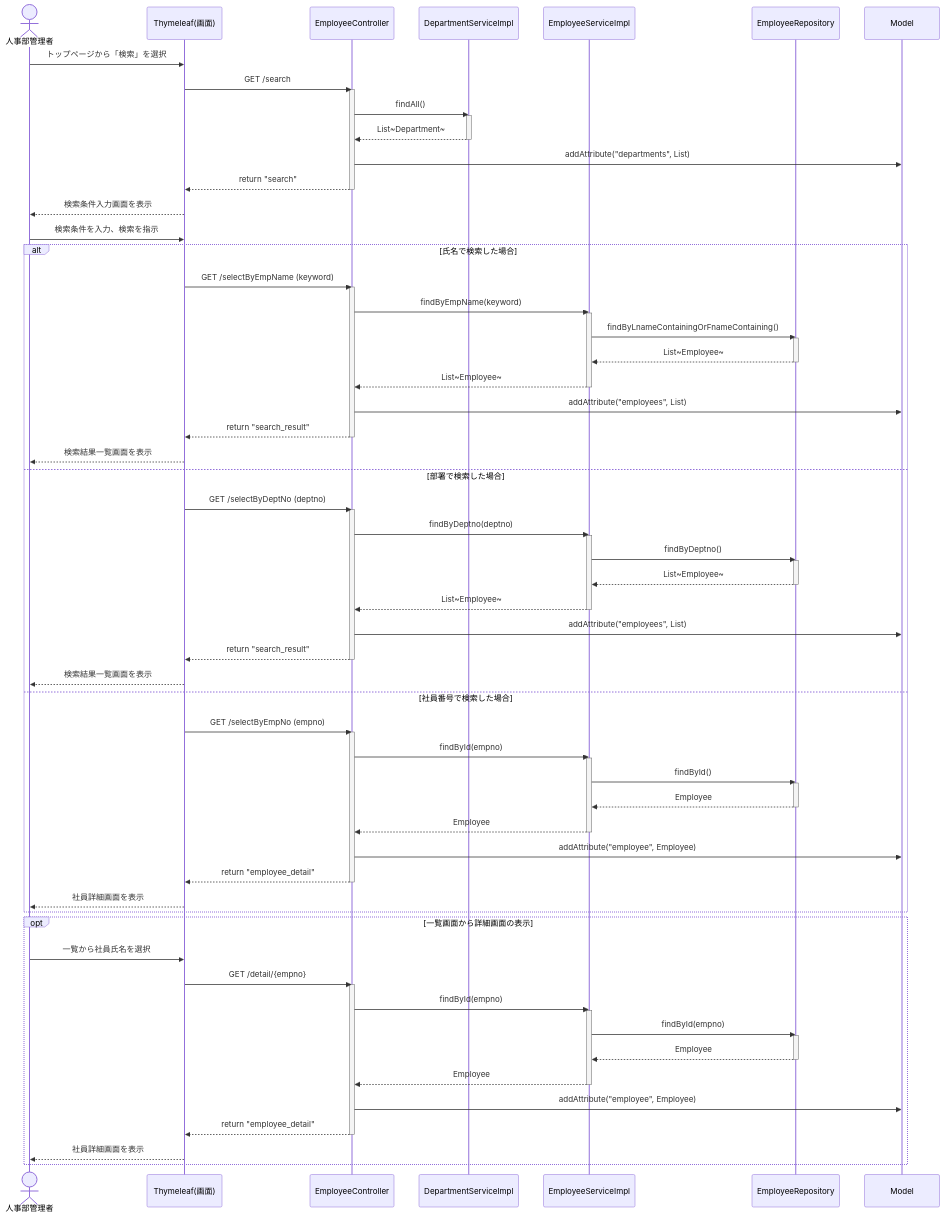
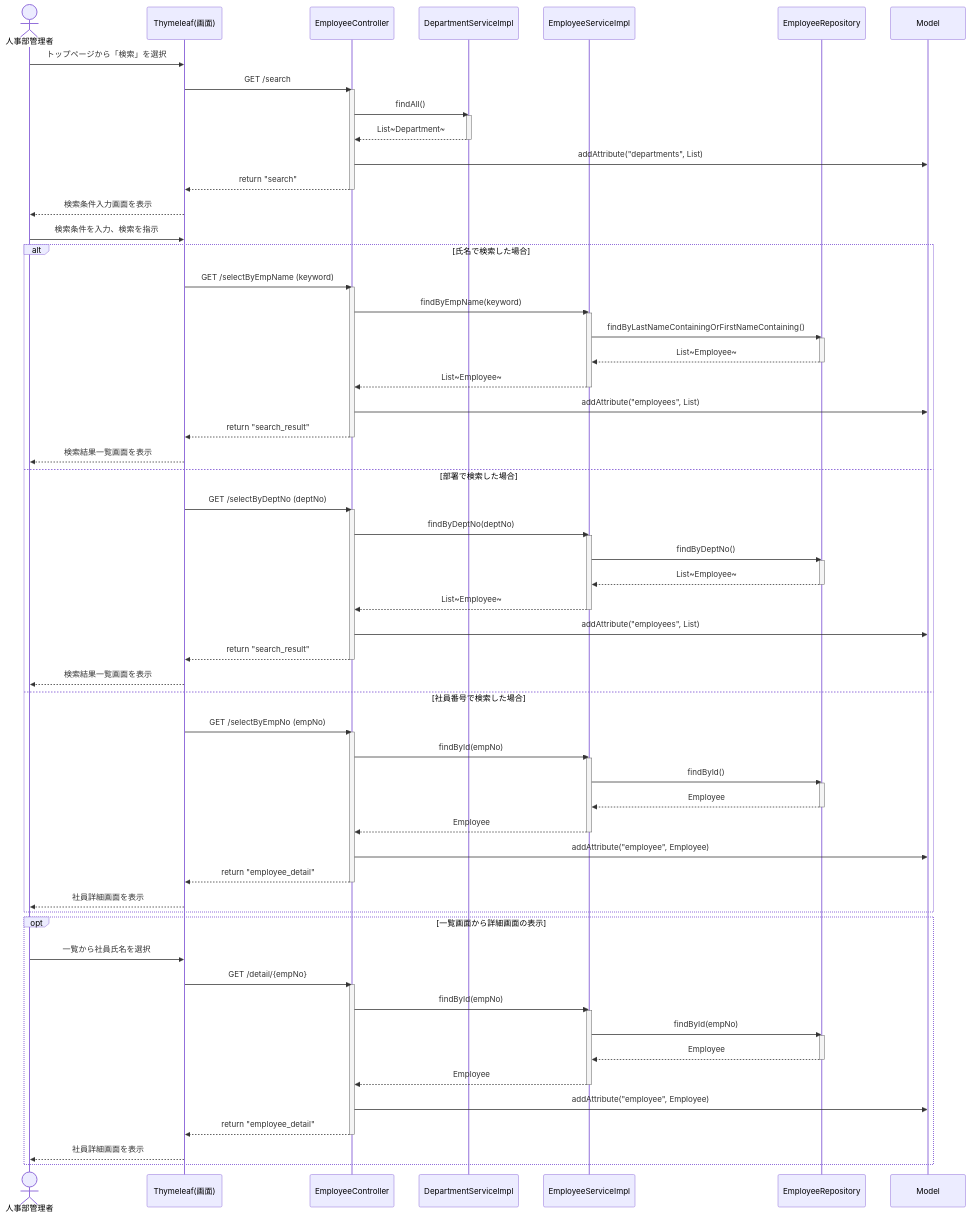
One commit to juyeongjung1/NewEIMS changed diagram 22 of 25 in EIMS_Comprehensive_Exercise_Guide.md. Above: the diagram before and after it, drawn with Mermaid. The commit also changed other lines of this file, not shown here.

Commit message:
設計書のDB仕様を新カラム名(last_name,first_name等)に更新、role/delete_flg追加

```diff
--- a/EIMS_Comprehensive_Exercise_Guide.md
+++ b/EIMS_Comprehensive_Exercise_Guide.md
@@ -1482,7 +1486,7 @@
         activate Ctrl
         Ctrl ->> Svc: findByEmpName(keyword)
         activate Svc
-        Svc ->> Rep: findByLnameContainingOrFnameContaining()
+        Svc ->> Rep: findByLastNameContainingOrFirstNameContaining()
         activate Rep
         Rep -->> Svc: List~Employee~
         deactivate Rep
@@ -1494,11 +1498,11 @@
         View -->> Admin: 検索結果一覧画面を表示
         
     else 部署で検索した場合
-        View ->> Ctrl: GET /selectByDeptNo (deptno)
+        View ->> Ctrl: GET /selectByDeptNo (deptNo)
         activate Ctrl
-        Ctrl ->> Svc: findByDeptno(deptno)
+        Ctrl ->> Svc: findByDeptNo(deptNo)
         activate Svc
-        Svc ->> Rep: findByDeptno()
+        Svc ->> Rep: findByDeptNo()
         activate Rep
         Rep -->> Svc: List~Employee~
         deactivate Rep
@@ -1510,9 +1514,9 @@
         View -->> Admin: 検索結果一覧画面を表示
         
     else 社員番号で検索した場合
-        View ->> Ctrl: GET /selectByEmpNo (empno)
+        View ->> Ctrl: GET /selectByEmpNo (empNo)
         activate Ctrl
-        Ctrl ->> Svc: findById(empno)
+        Ctrl ->> Svc: findById(empNo)
         activate Svc
         Svc ->> Rep: findById()
         activate Rep
@@ -1528,11 +1532,11 @@
     
     opt 一覧画面から詳細画面の表示
         Admin ->> View: 一覧から社員氏名を選択
-        View ->> Ctrl: GET /detail/{empno}
+        View ->> Ctrl: GET /detail/{empNo}
         activate Ctrl
-        Ctrl ->> Svc: findById(empno)
+        Ctrl ->> Svc: findById(empNo)
         activate Svc
-        Svc ->> Rep: findById(empno)
+        Svc ->> Rep: findById(empNo)
         activate Rep
         Rep -->> Svc: Employee
         deactivate Rep
```
